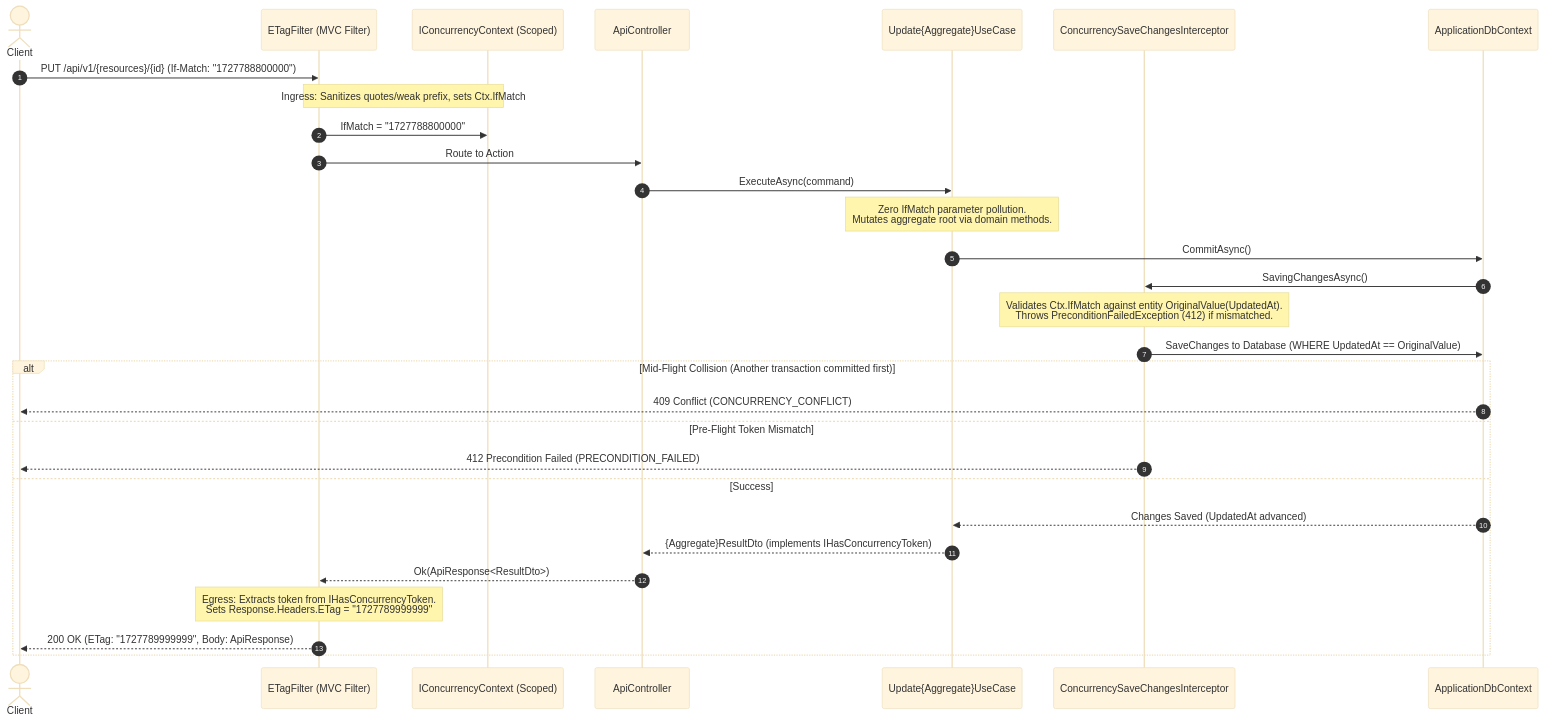
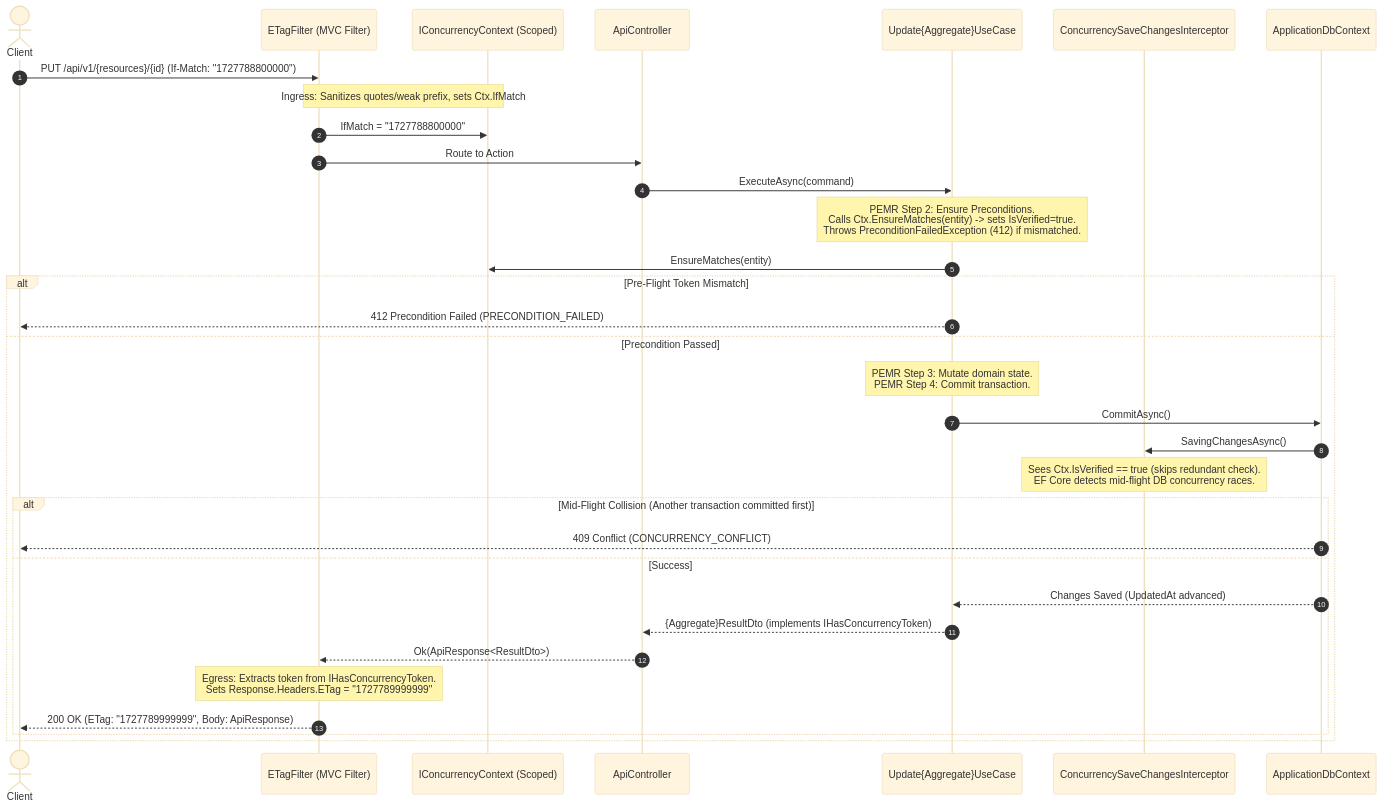
The diagram in specs/00_architecture_core/06_api_contract_standards.md (suang05/doc_template), drawn with Mermaid (base theme) before and after one commit. The commit also changed other lines of this file and 14 other files, not shown here.

Commit message:
refactor: add domain aggregate root base class, system specs, and update AGENTS metadata

````diff
--- a/specs/00_architecture_core/06_api_contract_standards.md
+++ b/specs/00_architecture_core/06_api_contract_standards.md
@@ -124,33 +124,36 @@
 ```mermaid
 sequenceDiagram
     autonumber
     actor Client
     participant ETagFilter as ETagFilter (MVC Filter)
     participant Ctx as IConcurrencyContext (Scoped)
     participant Controller as ApiController
     participant UseCase as Update{Aggregate}UseCase
     participant Interceptor as ConcurrencySaveChangesInterceptor
     participant DbContext as ApplicationDbContext
 
     Client->>ETagFilter: PUT /api/v1/{resources}/{id} (If-Match: "1727788800000")
     Note over ETagFilter,Ctx: Ingress: Sanitizes quotes/weak prefix, sets Ctx.IfMatch
     ETagFilter->>Ctx: IfMatch = "1727788800000"
     ETagFilter->>Controller: Route to Action
     Controller->>UseCase: ExecuteAsync(command)
-    Note over UseCase: Zero IfMatch parameter pollution.<br/>Mutates aggregate root via domain methods.
-    UseCase->>DbContext: CommitAsync()
-    DbContext->>Interceptor: SavingChangesAsync()
-    Note over Interceptor: Validates Ctx.IfMatch against entity OriginalValue(UpdatedAt).<br/>Throws PreconditionFailedException (412) if mismatched.
-    Interceptor->>DbContext: SaveChanges to Database (WHERE UpdatedAt == OriginalValue)
-    alt Mid-Flight Collision (Another transaction committed first)
-        DbContext-->>Client: 409 Conflict (CONCURRENCY_CONFLICT)
-    else Pre-Flight Token Mismatch
-        Interceptor-->>Client: 412 Precondition Failed (PRECONDITION_FAILED)
-    else Success
-        DbContext-->>UseCase: Changes Saved (UpdatedAt advanced)
-        UseCase-->>Controller: {Aggregate}ResultDto (implements IHasConcurrencyToken)
-        Controller-->>ETagFilter: Ok(ApiResponse<ResultDto>)
-        Note over ETagFilter: Egress: Extracts token from IHasConcurrencyToken.<br/>Sets Response.Headers.ETag = "1727789999999"
-        ETagFilter-->>Client: 200 OK (ETag: "1727789999999", Body: ApiResponse)
+    Note over UseCase: PEMR Step 2: Ensure Preconditions.<br/>Calls Ctx.EnsureMatches(entity) -> sets IsVerified=true.<br/>Throws PreconditionFailedException (412) if mismatched.
+    UseCase->>Ctx: EnsureMatches(entity)
+    alt Pre-Flight Token Mismatch
+        UseCase-->>Client: 412 Precondition Failed (PRECONDITION_FAILED)
+    else Precondition Passed
+        Note over UseCase: PEMR Step 3: Mutate domain state.<br/>PEMR Step 4: Commit transaction.
+        UseCase->>DbContext: CommitAsync()
+        DbContext->>Interceptor: SavingChangesAsync()
+        Note over Interceptor: Sees Ctx.IsVerified == true (skips redundant check).<br/>EF Core detects mid-flight DB concurrency races.
+        alt Mid-Flight Collision (Another transaction committed first)
+            DbContext-->>Client: 409 Conflict (CONCURRENCY_CONFLICT)
+        else Success
+            DbContext-->>UseCase: Changes Saved (UpdatedAt advanced)
+            UseCase-->>Controller: {Aggregate}ResultDto (implements IHasConcurrencyToken)
+            Controller-->>ETagFilter: Ok(ApiResponse<ResultDto>)
+            Note over ETagFilter: Egress: Extracts token from IHasConcurrencyToken.<br/>Sets Response.Headers.ETag = "1727789999999"
+            ETagFilter-->>Client: 200 OK (ETag: "1727789999999", Body: ApiResponse)
+        end
     end
 ```
````
